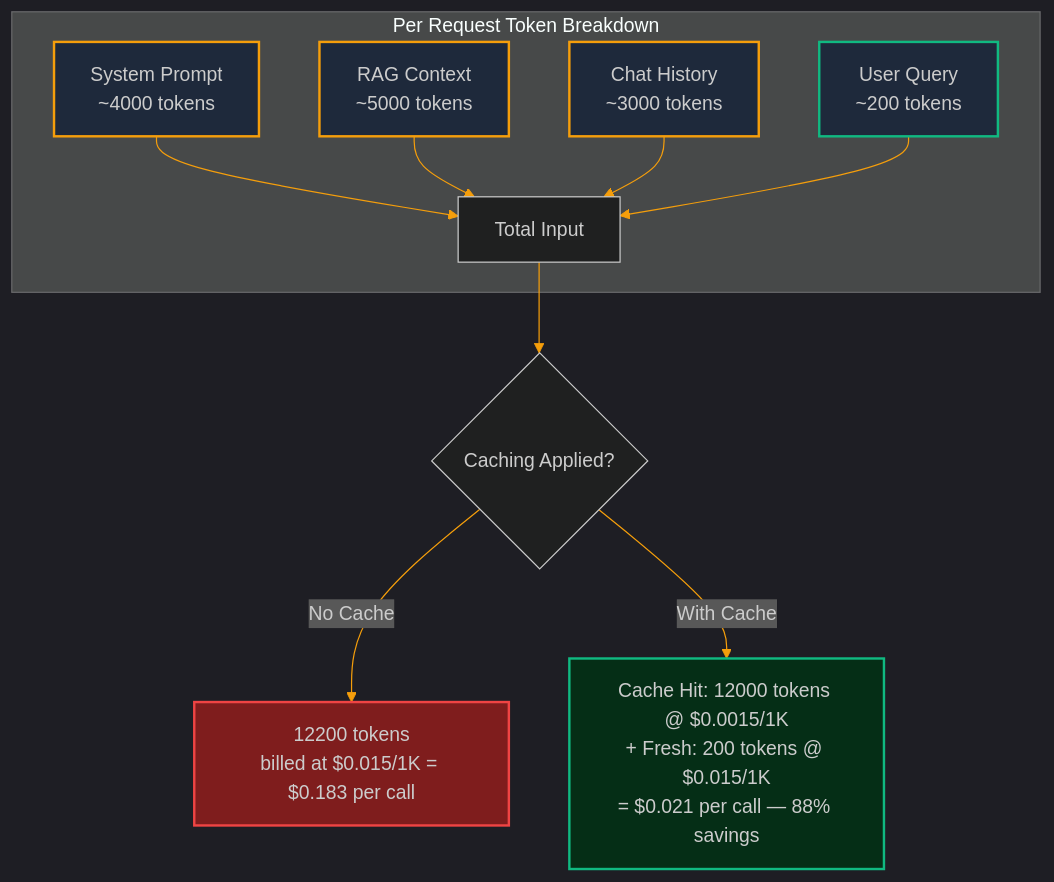
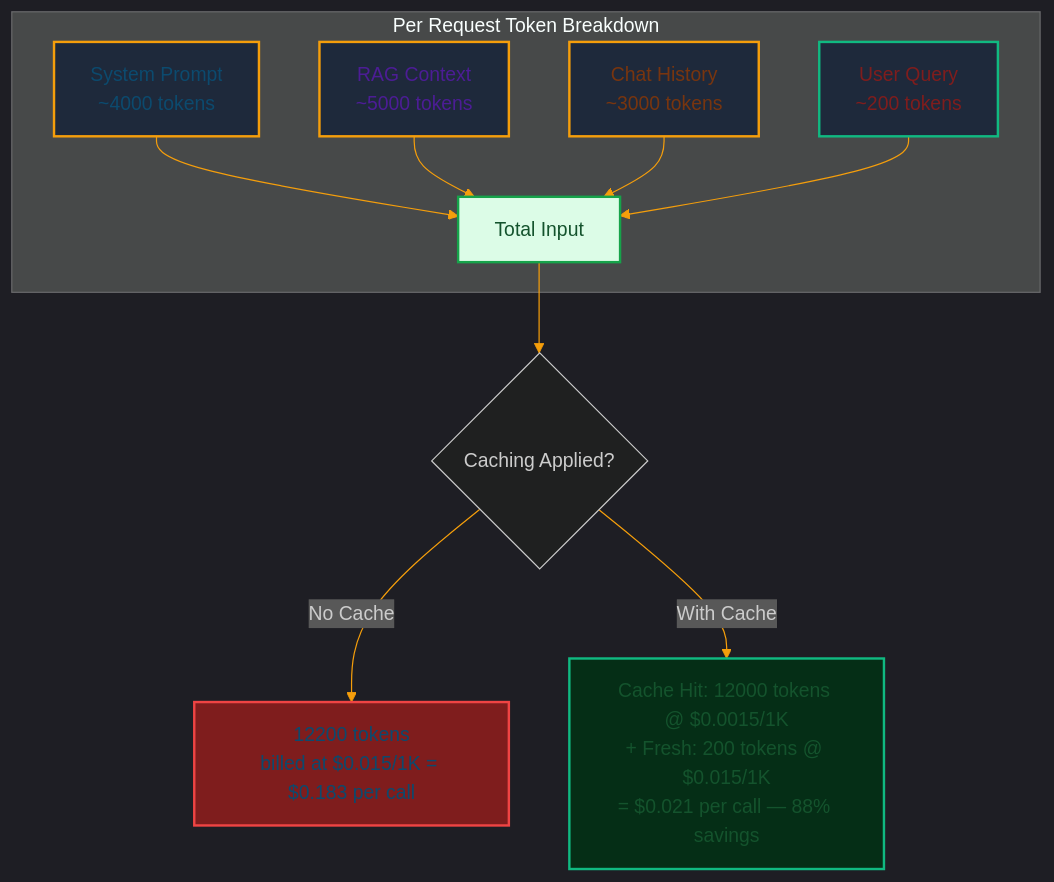
Before and after one commit to akmalkhaniub/akmalkhaniub.github.io: the first of 2 diagrams in blog/posts/prompt-caching-context-window-economics.md, drawn with Mermaid. The commit also changed 1291 other files, not shown here.

First line of the commit message:
feat(catalog): unique covers, scholarly references, and diagram palettes

````diff
--- a/blog/posts/prompt-caching-context-window-economics.md
+++ b/blog/posts/prompt-caching-context-window-economics.md
@@ -23,22 +23,33 @@
 ```mermaid
 %%{init: {'theme': 'dark', 'themeVariables': { 'primaryColor': '#f59e0b', 'primaryTextColor': '#f3f4f6', 'primaryBorderColor': '#fbbf24', 'lineColor': '#f59e0b', 'secondaryColor': '#111827', 'tertiaryColor': '#0f172a'}}}%%
 flowchart TD
     subgraph SG1_PerRequestToken ["Per Request Token Breakdown"]
-        A[System Prompt<br/>~4000 tokens] --> T[Total Input]
-        B[RAG Context<br/>~5000 tokens] --> T
-        C[Chat History<br/>~3000 tokens] --> T
-        D[User Query<br/>~200 tokens] --> T
+        A["System Prompt<br/>~4000 tokens"] --> T["Total Input"]
+        B["RAG Context<br/>~5000 tokens"] --> T
+        C["Chat History<br/>~3000 tokens"] --> T
+        D["User Query<br/>~200 tokens"] --> T
     end
     
     T --> E{Caching Applied?}
     
-    E -->|No Cache| F[12200 tokens<br/>billed at $0.015/1K = $0.183 per call]
-    E -->|With Cache| G[Cache Hit: 12000 tokens @ $0.0015/1K<br/>+ Fresh: 200 tokens @ $0.015/1K<br/>= $0.021 per call — 88% savings]
+    E -->|No Cache| F["12200 tokens<br/>billed at $0.015/1K = $0.183 per call"]
+    E -->|With Cache| G["Cache Hit: 12000 tokens @ $0.0015/1K<br/>+ Fresh: 200 tokens @ $0.015/1K<br/>= $0.021 per call — 88% savings"]
     
     style A fill:#1e293b,stroke:#f59e0b,stroke-width:2px
     style B fill:#1e293b,stroke:#f59e0b,stroke-width:2px
     style C fill:#1e293b,stroke:#f59e0b,stroke-width:2px
     style D fill:#1e293b,stroke:#10b981,stroke-width:2px
     style F fill:#7f1d1d,stroke:#ef4444,stroke-width:2px
     style G fill:#052e16,stroke:#10b981,stroke-width:2px
+
+classDef green fill:#dcfce7,stroke:#16a34a,stroke-width:2px,color:#14532d;
+classDef red fill:#fee2e2,stroke:#dc2626,stroke-width:2px,color:#7f1d1d;
+classDef blue fill:#e0f2fe,stroke:#0284c7,stroke-width:2px,color:#0c4a6e;
+classDef yellow fill:#fef3c7,stroke:#d97706,stroke-width:2px,color:#78350f;
+classDef purple fill:#ede9fe,stroke:#7c3aed,stroke-width:2px,color:#4c1d95;
+class A,F blue
+class T,G green
+class B purple
+class C yellow
+class D red
 ```
````
